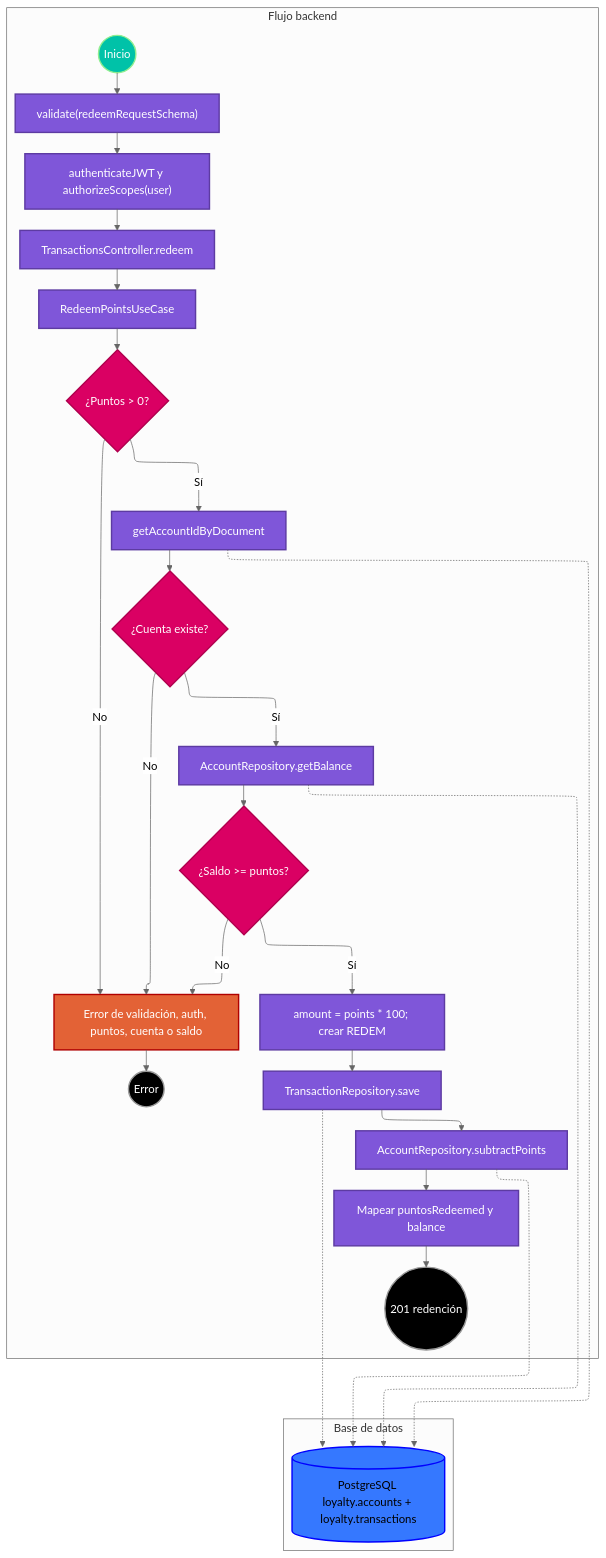
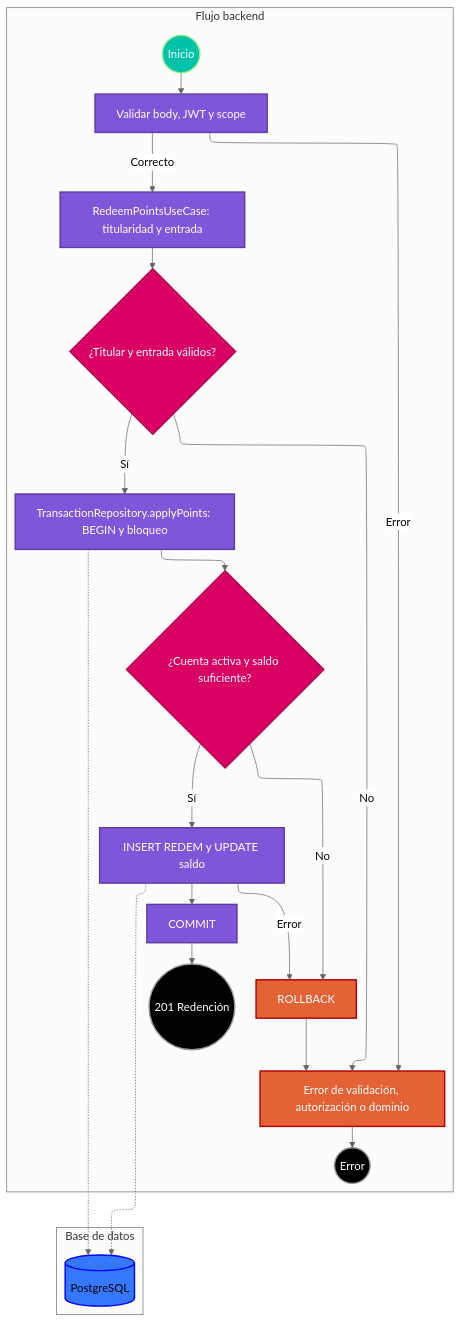
One commit to jac2206/loyalty-backend changed the diagram in docs/use-cases/transacciones/redimir-puntos.md. Above: the diagram before and after it, drawn with Mermaid (neutral theme). The commit also changed other lines of this file and 10 other files, not shown here.

````diff
--- a/docs/use-cases/transacciones/redimir-puntos.md
+++ b/docs/use-cases/transacciones/redimir-puntos.md
@@ -111,48 +109,37 @@
 ```mermaid
 %%{init: { "flowchart": { "defaultRenderer": "elk" } }}%%
 flowchart TB
     classDef statementClass fill:#7f56d9,color:white,stroke:#5d3ba2,stroke-width:2px
     classDef conditionalClass fill:#da0063,color:white,stroke:#b0004e,stroke-width:2px
     classDef inicioClass fill:#00c2a8,color:white,stroke-width:2px,stroke:lightGreen
     classDef finClass fill:black,color:white,stroke-width:2px
     classDef rejectClass fill:#e36236,color:white,stroke:#b00000,stroke-width:2px
     classDef dbClass fill:#3578ff,stroke:blue,stroke-width:2px
     subgraph BACKEND [Flujo backend]
-        direction TB
-
         inicio((Inicio)):::inicioClass
-        ok((201 redención)):::finClass
+        valid["Validar body, JWT y scope"]:::statementClass
+        caso["RedeemPointsUseCase: titularidad y entrada"]:::statementClass
+        titular{"¿Titular y entrada válidos?"}:::conditionalClass
+        repo["TransactionRepository.applyPoints: BEGIN y bloqueo"]:::statementClass
+        estado{"¿Cuenta activa y saldo suficiente?"}:::conditionalClass
+        guardar["INSERT REDEM y UPDATE saldo"]:::statementClass
+        commit["COMMIT"]:::statementClass
+        rollback["ROLLBACK"]:::rejectClass
+        fallo["Error de validación, autorización o dominio"]:::rejectClass
+        ok((201 Redención)):::finClass
         error((Error)):::finClass
-        valida["validate(redeemRequestSchema)"]:::statementClass
-        auth["authenticateJWT y authorizeScopes(user)"]:::statementClass
-        control["TransactionsController.redeem"]:::statementClass
-        caso["RedeemPointsUseCase"]:::statementClass
-        puntos{"¿Puntos > 0?"}:::conditionalClass
-        cuenta["getAccountIdByDocument"]:::statementClass
-        existe{"¿Cuenta existe?"}:::conditionalClass
-        saldo["AccountRepository.getBalance"]:::statementClass
-        suficiente{"¿Saldo >= puntos?"}:::conditionalClass
-        calcula["amount = points * 100; crear REDEM"]:::statementClass
-        guarda["TransactionRepository.save"]:::statementClass
-        resta["AccountRepository.subtractPoints"]:::statementClass
-        respuesta["Mapear puntosRedeemed y balance"]:::statementClass
-        rechazo["Error de validación, auth, puntos, cuenta o saldo"]:::rejectClass
     end
     subgraph BASE_DE_DATOS [Base de datos]
-        direction TB
-        db[(PostgreSQL loyalty.accounts + loyalty.transactions)]:::dbClass
+        db[(PostgreSQL)]:::dbClass
     end
-
-
-    inicio --> valida --> auth --> control --> caso --> puntos
-    puntos -->|No| rechazo --> error
-    puntos -->|Sí| cuenta --> existe
-    existe -->|No| rechazo
-    existe -->|Sí| saldo --> suficiente
-    suficiente -->|No| rechazo
-    suficiente -->|Sí| calcula --> guarda --> resta --> respuesta --> ok
-    cuenta -.-> db
-    saldo -.-> db
-    guarda -.-> db
-    resta -.-> db
+    inicio --> valid
+    valid -->|Error| fallo
+    valid -->|Correcto| caso --> titular
+    titular -->|No| fallo --> error
+    titular -->|Sí| repo --> estado
+    estado -->|No| rollback --> fallo
+    estado -->|Sí| guardar --> commit --> ok
+    guardar -->|Error| rollback
+    repo -.-> db
+    guardar -.-> db
 ```
````
